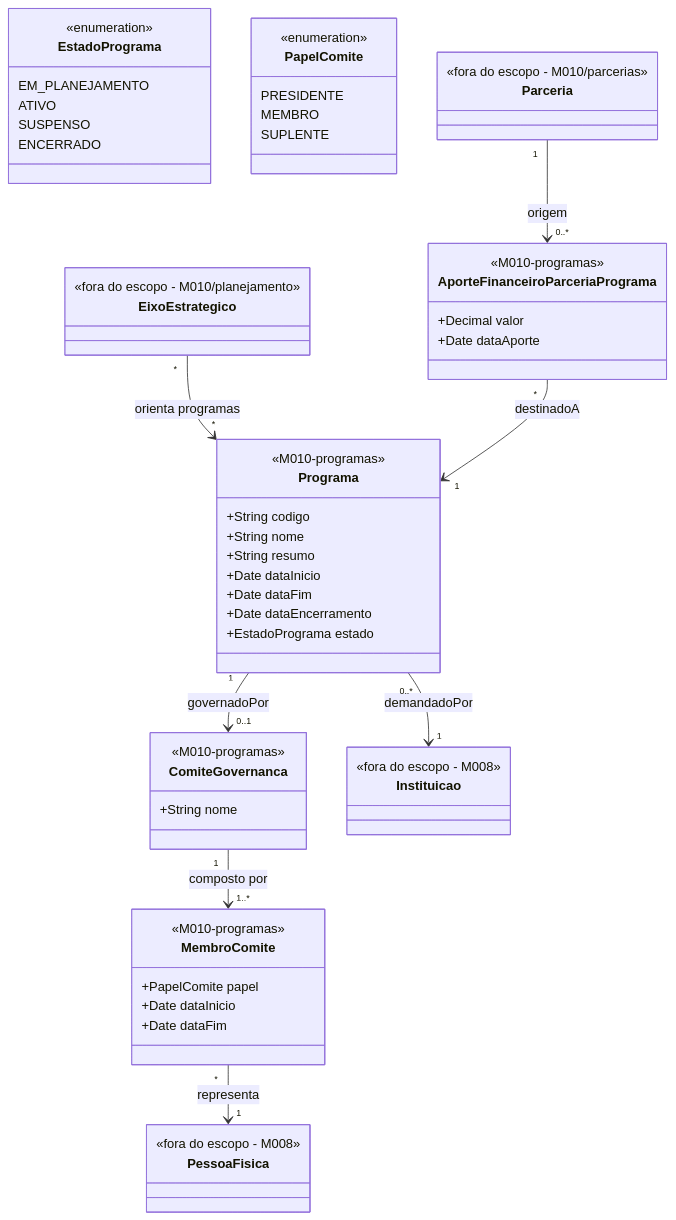
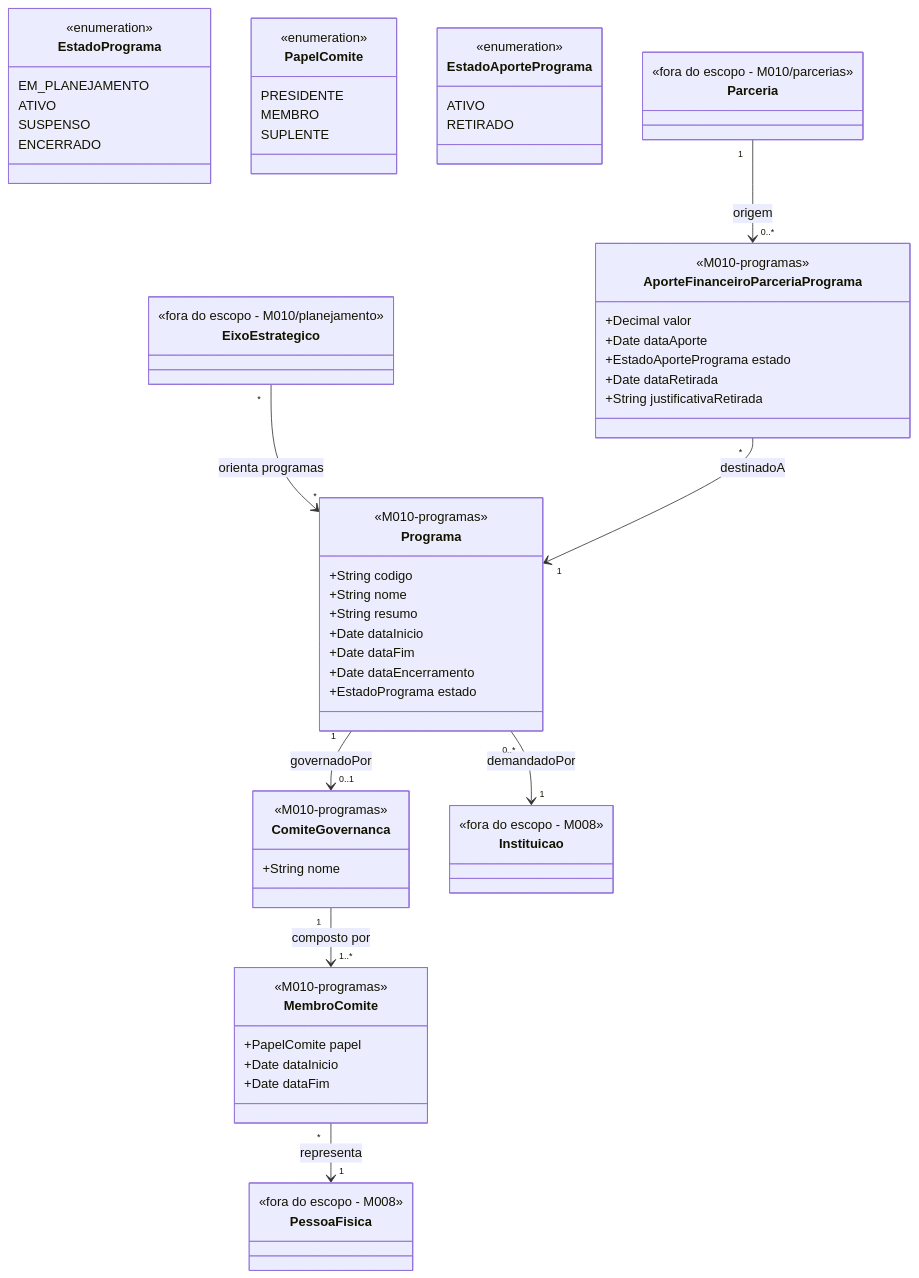
The diagram in docs/implementation/modules/M010-planejamento-estrategia/programas/modelo-estrutural.md (Czzped/conecta-fapes-teste), drawn with Mermaid before and after one commit. The commit also changed other lines of this file and 39 other files, not shown here.

```diff
--- a/docs/implementation/modules/M010-planejamento-estrategia/programas/modelo-estrutural.md
+++ b/docs/implementation/modules/M010-planejamento-estrategia/programas/modelo-estrutural.md
@@ -54,6 +54,15 @@
         <<M010-programas>>
         +Decimal valor
         +Date dataAporte
+        +EstadoAportePrograma estado
+        +Date dataRetirada
+        +String justificativaRetirada
+    }
+
+    class EstadoAportePrograma {
+        <<enumeration>>
+        ATIVO
+        RETIRADO
     }
 
     %% Entidades externas
```
